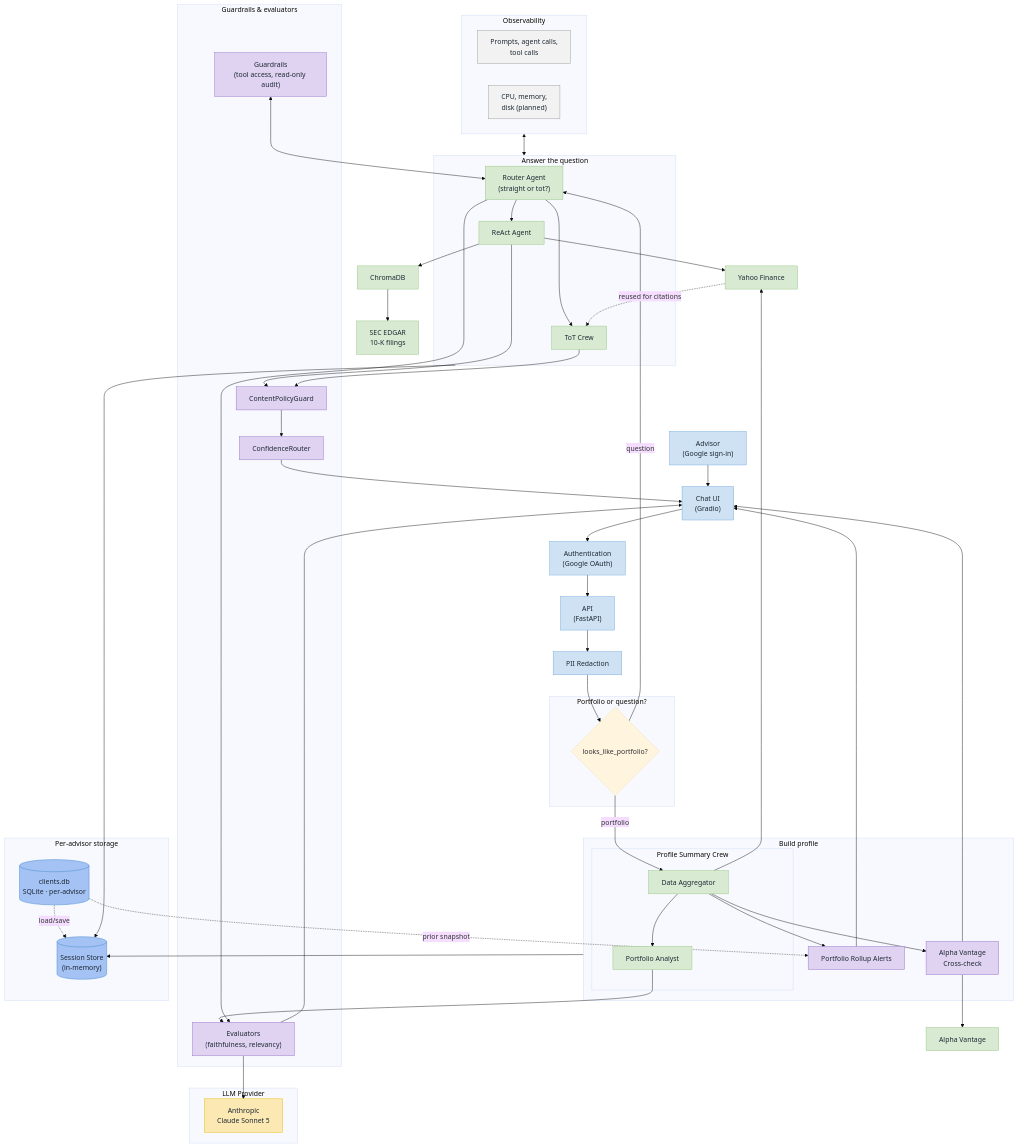
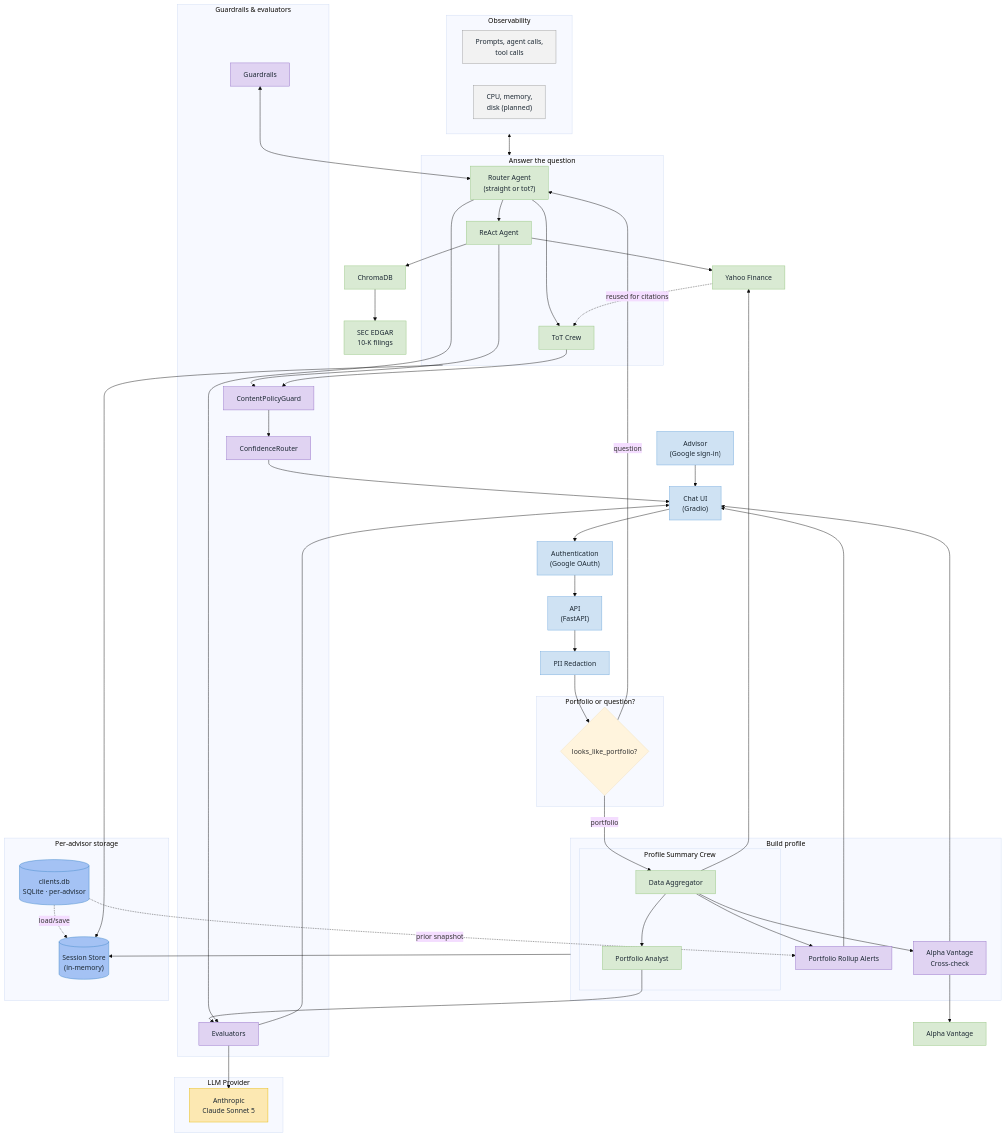
One commit to Irving0904/MarketForecastor changed the second of 2 diagrams in docs/market_forecaster_architecture.md. Above: the diagram before and after it, drawn with Mermaid (base theme). The commit also changed 1 other file, not shown here.

Commit message:
Update README's flow diagram to match the real current pipeline
Adds the steps added since the diagram was first drawn: Google sign-in
at the top, FaithfulnessEvaluator + rollup alerts + Alpha Vantage
cross-check after the profile is built, and ContentPolicyGuard/
RelevancyEvaluator/ConfidenceRouter before an answer reaches the
advisor. Also cross-references docs/market_forecaster_architecture.md
for the component-level view, and updates the client-scoping paragraph
to mention per-advisor isolation.

```diff
--- a/docs/market_forecaster_architecture.md
+++ b/docs/market_forecaster_architecture.md
@@ -64,12 +64,12 @@
     API["API<br/>(FastAPI)"]
     PII["PII Redaction"]
 
-    subgraph SG_ROUTE["Portfolio or question?"]
+    subgraph SG_ROUTE ["Portfolio or question?"]
         PCHECK{"looks_like_portfolio?"}
     end
 
-    subgraph SG_PROFILE["Build profile"]
-        subgraph PCREW["Profile Summary Crew"]
+    subgraph SG_PROFILE ["Build profile"]
+        subgraph PCREW ["Profile Summary Crew"]
             AGG["Data Aggregator"]
             PROFANALYST["Portfolio Analyst"]
             AGG --> PROFANALYST
@@ -80,7 +80,7 @@
         AGG --> CROSSCHECK
     end
 
-    subgraph SG_ANSWER["Answer the question"]
+    subgraph SG_ANSWER ["Answer the question"]
         COORD["Router Agent<br/>(straight or tot?)"]
         REACT["ReAct Agent"]
         TOT["ToT Crew"]
@@ -88,26 +88,26 @@
         COORD --> TOT
     end
 
-    subgraph OBS["Observability"]
+    subgraph OBS ["Observability"]
         OBS1["Prompts, agent calls,<br/>tool calls"]
         OBS2["CPU, memory,<br/>disk (planned)"]
     end
 
-    subgraph SG_GUARD["Guardrails &amp; evaluators"]
-        AUTHZ["Guardrails<br/>(tool access, read-only audit)"]
-        EVAL["Evaluators<br/>(faithfulness, relevancy)"]
+    subgraph SG_GUARD ["Guardrails &amp; evaluators"]
+        AUTHZ["Guardrails"]
+        EVAL["Evaluators"]
         CONTENT["ContentPolicyGuard"]
         CONF["ConfidenceRouter"]
         CONTENT --> CONF
     end
 
-    subgraph SG_STORE["Per-advisor storage"]
+    subgraph SG_STORE ["Per-advisor storage"]
         SESSION[("Session Store<br/>(in-memory)")]
         SQLITE_DB[("clients.db<br/>SQLite · per-advisor")]
         SQLITE_DB -. load/save .-> SESSION
     end
 
-    subgraph LLMS["LLM Provider"]
+    subgraph LLMS ["LLM Provider"]
         ANTHROPIC["Anthropic<br/>Claude Sonnet 5"]
     end
 
```
